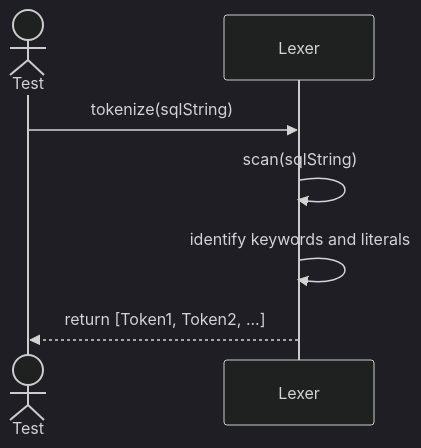
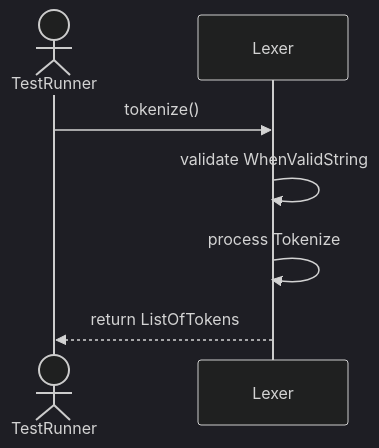
Before and after one commit to TamBui1706/DBMS: the first of 5 diagrams in Sequences/QueryProcessor/Lexer.md, drawn with Mermaid (dark theme). The commit also changed other lines of this file and 63 other files, not shown here.

Commit message:
Draw sequence diagram for unit tests

````diff
--- a/Sequences/QueryProcessor/Lexer.md
+++ b/Sequences/QueryProcessor/Lexer.md
@@ -15,10 +14,9 @@
 ```mermaid
 sequenceDiagram
-    actor Test
+    actor TestRunner
     participant Lexer
-
-    Test->>Lexer: tokenize(sqlString)
-    Lexer->>Lexer: scan(sqlString)
-    Lexer->>Lexer: identify keywords and literals
-    Lexer-->>Test: return [Token1, Token2, ...]
+    TestRunner->>Lexer: tokenize()
+    Lexer->>Lexer: validate WhenValidString
+    Lexer->>Lexer: process Tokenize
+    Lexer-->>TestRunner: return ListOfTokens
 ```
````
